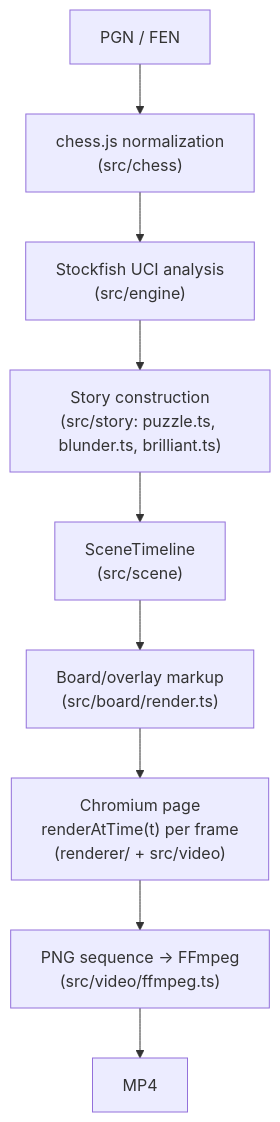
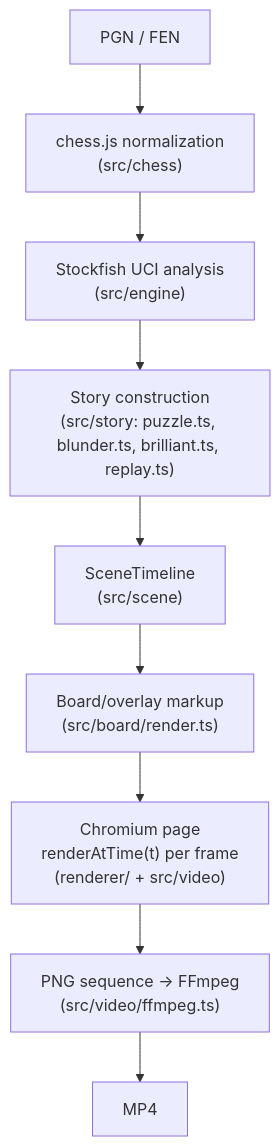
The diagram in README.md (alessandrobessi/chessroll), drawn with Mermaid before and after one commit. The commit also changed other lines of this file and 15 other files, not shown here.

````diff
--- a/README.md
+++ b/README.md
@@ -183,11 +192,11 @@
 ```mermaid
 flowchart TD
     A[PGN / FEN] --> B["chess.js normalization<br/>(src/chess)"]
     B --> C["Stockfish UCI analysis<br/>(src/engine)"]
-    C --> D["Story construction<br/>(src/story: puzzle.ts, blunder.ts, brilliant.ts)"]
+    C --> D["Story construction<br/>(src/story: puzzle.ts, blunder.ts, brilliant.ts, replay.ts)"]
     D --> E["SceneTimeline<br/>(src/scene)"]
     E --> F["Board/overlay markup<br/>(src/board/render.ts)"]
     F --> G["Chromium page<br/>renderAtTime(t) per frame<br/>(renderer/ + src/video)"]
     G --> H["PNG sequence → FFmpeg<br/>(src/video/ffmpeg.ts)"]
     H --> I[MP4]
 ```
````
